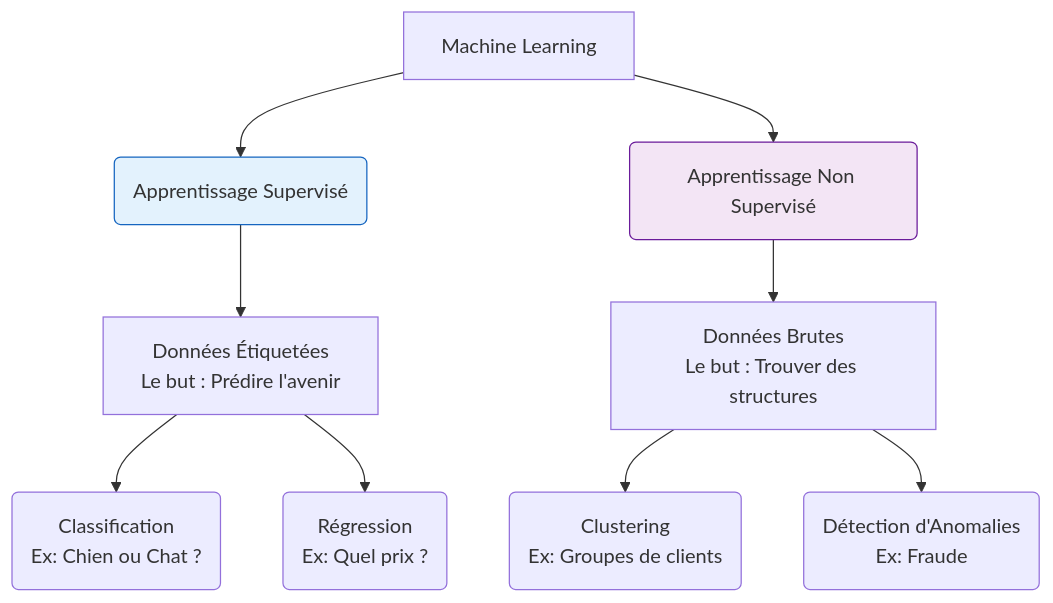
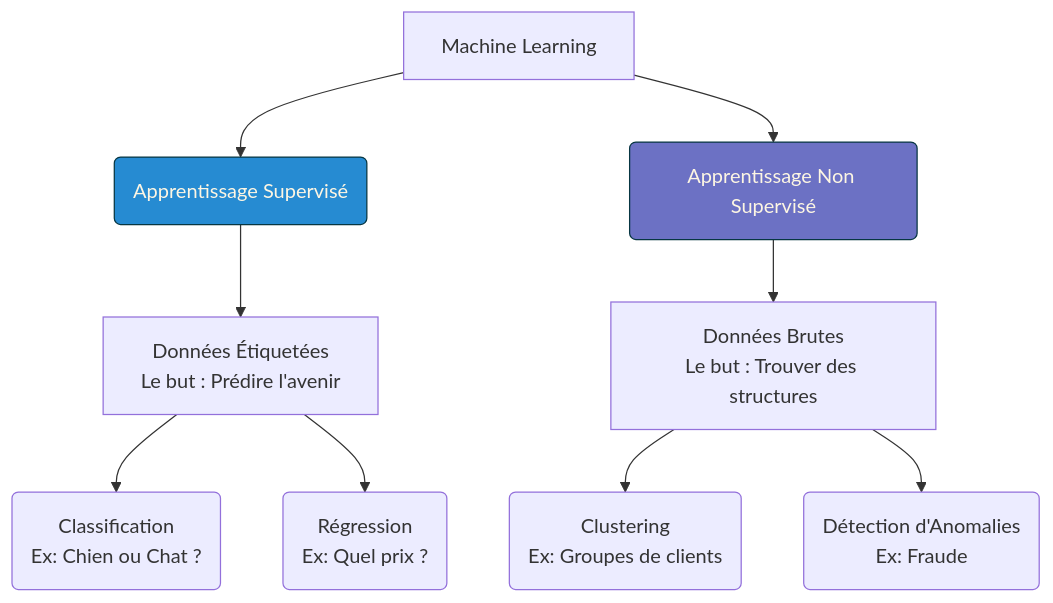
The diagram in cours/5_modelisation/_51_apprentissage_supervise_non.qmd (aptitek/aptispace-datascience), drawn with Mermaid before and after one commit. The commit also changed 35 other files, not shown here.

````diff
--- a/cours/5_modelisation/_51_apprentissage_supervise_non.qmd
+++ b/cours/5_modelisation/_51_apprentissage_supervise_non.qmd
@@ -40,18 +40,18 @@
 ```{mermaid}
 flowchart TD
     A[Machine Learning] --> B(Apprentissage Supervisé)
     A --> C(Apprentissage Non Supervisé)
     
     B --> D[Données Étiquetées\nLe but : Prédire l'avenir]
     C --> E[Données Brutes\nLe but : Trouver des structures]
     
     D --> F(Classification\nEx: Chien ou Chat ?)
     D --> G(Régression\nEx: Quel prix ?)
     
     E --> H(Clustering\nEx: Groupes de clients)
     E --> I(Détection d'Anomalies\nEx: Fraude)
     
-    style B fill:#e3f2fd,stroke:#1565c0
-    style C fill:#f3e5f5,stroke:#6a1b9a
+    style B fill:#268bd2,stroke:#073642,color:#fdf6e3
+    style C fill:#6c71c4,stroke:#073642,color:#fdf6e3
 
 ```
````
